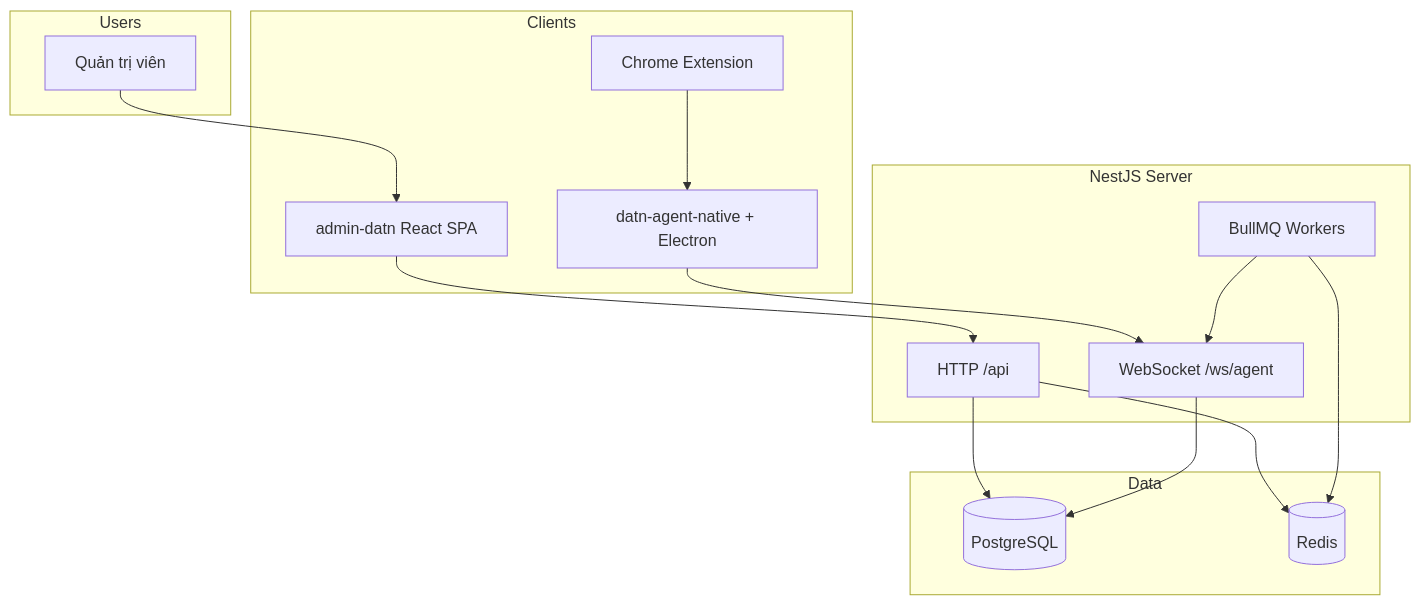
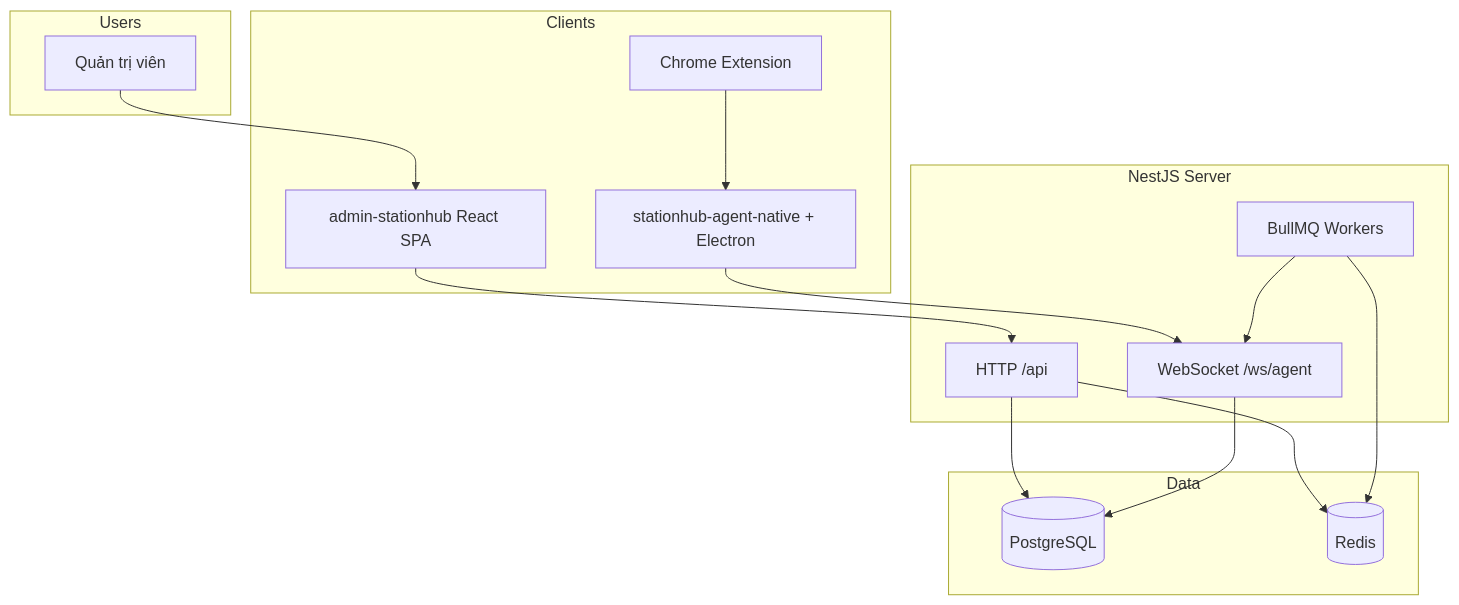
Before and after one commit to Daviseraaa/tdoan_remote_datn: the first of 2 diagrams in docs/README.md, drawn with Mermaid. The commit also changed other lines of this file and 376 other files, not shown here.

````diff
--- a/docs/README.md
+++ b/docs/README.md
@@ -20,33 +20,33 @@
 ```mermaid
 flowchart TB
   subgraph Users
     ADMIN[Quản trị viên]
   end
 
   subgraph Clients
-    SPA[admin-datn React SPA]
-    AGENT[datn-agent-native + Electron]
+    SPA[admin-stationhub React SPA]
+    AGENT[stationhub-agent-native + Electron]
     EXT[Chrome Extension]
   end
 
   subgraph Server["NestJS Server"]
     API[HTTP /api]
     WS["WebSocket /ws/agent"]
     WRK[BullMQ Workers]
   end
 
   subgraph Data
     PG[(PostgreSQL)]
     RD[(Redis)]
   end
 
   ADMIN --> SPA
   SPA --> API
   AGENT --> WS
   EXT --> AGENT
   API --> PG
   API --> RD
   WS --> PG
   WRK --> RD
   WRK --> WS
 ```
````
